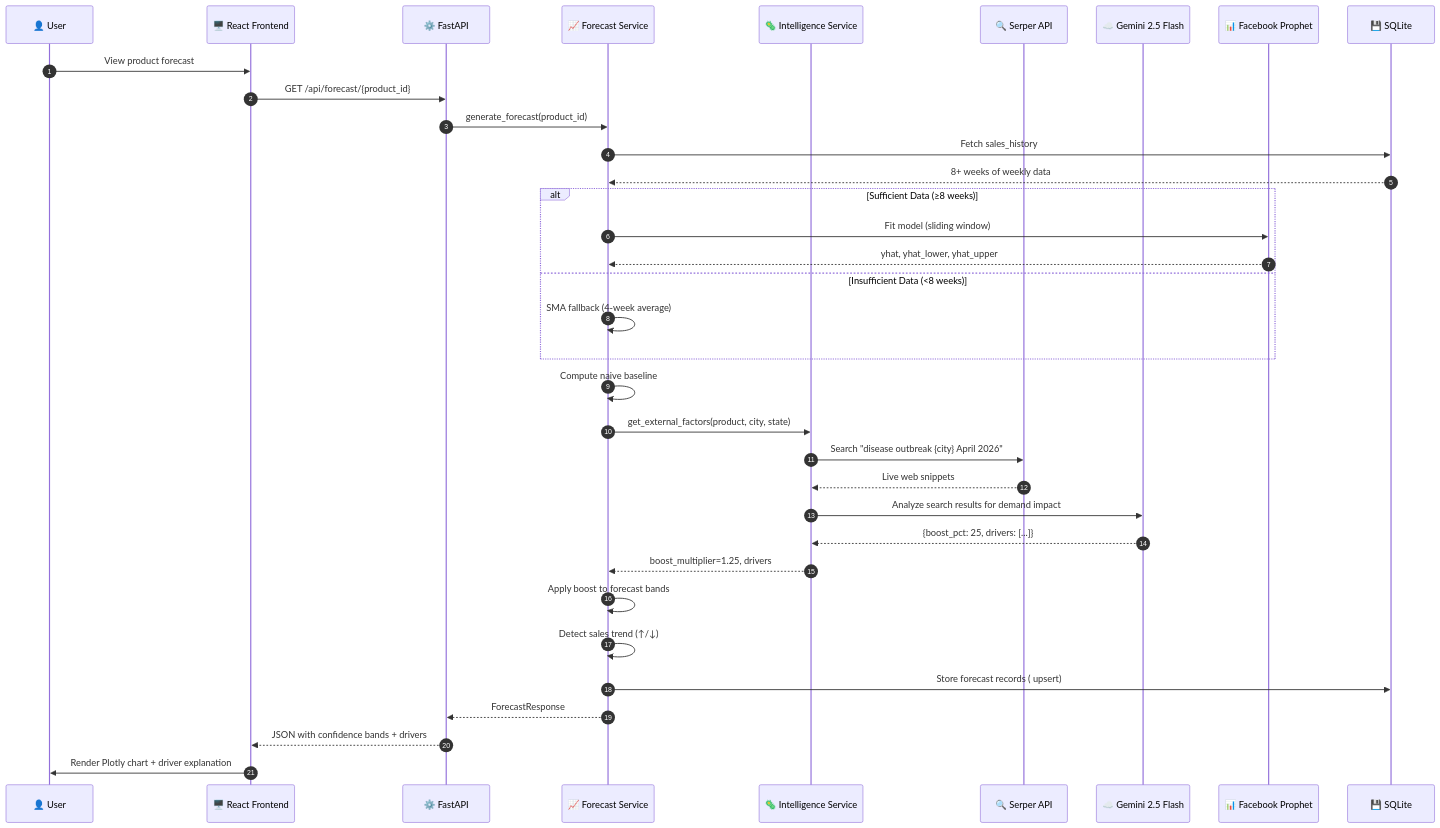
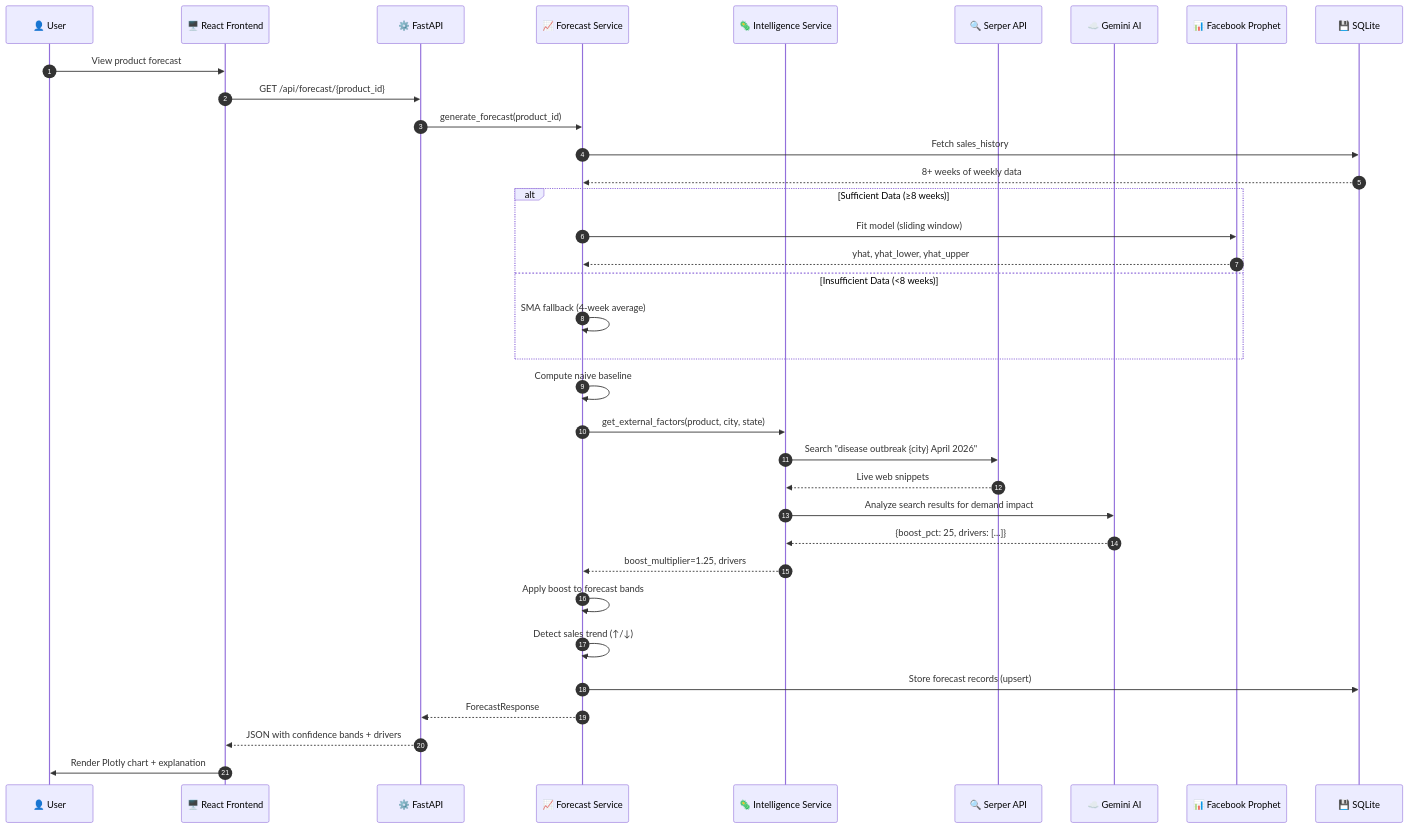
Before and after one commit to Arnav1709/natwest-cfp: the second of 4 diagrams in README.md, drawn with Mermaid. The commit also changed other lines of this file and 24 other files, not shown here.

````diff
--- a/README.md
+++ b/README.md
@@ -353,44 +577,44 @@
 ```mermaid
 sequenceDiagram
     autonumber
     participant U as 👤 User
     participant FE as 🖥️ React Frontend
     participant API as ⚙️ FastAPI
     participant FC as 📈 Forecast Service
     participant INTEL as 🦠 Intelligence Service
     participant SERPER as 🔍 Serper API
-    participant GEMINI as ☁️ Gemini 2.5 Flash
+    participant GEMINI as ☁️ Gemini AI
     participant PROPHET as 📊 Facebook Prophet
     participant DB as 💾 SQLite
 
     U->>FE: View product forecast
     FE->>API: GET /api/forecast/{product_id}
     API->>FC: generate_forecast(product_id)
 
     FC->>DB: Fetch sales_history
     DB-->>FC: 8+ weeks of weekly data
 
     alt Sufficient Data (≥8 weeks)
         FC->>PROPHET: Fit model (sliding window)
         PROPHET-->>FC: yhat, yhat_lower, yhat_upper
     else Insufficient Data (<8 weeks)
         FC->>FC: SMA fallback (4-week average)
     end
 
     FC->>FC: Compute naive baseline
 
     FC->>INTEL: get_external_factors(product, city, state)
     INTEL->>SERPER: Search "disease outbreak {city} April 2026"
     SERPER-->>INTEL: Live web snippets
     INTEL->>GEMINI: Analyze search results for demand impact
     GEMINI-->>INTEL: {boost_pct: 25, drivers: [...]}
     INTEL-->>FC: boost_multiplier=1.25, drivers
 
     FC->>FC: Apply boost to forecast bands
     FC->>FC: Detect sales trend (↑/↓)
-    FC->>DB: Store forecast records ( upsert)
+    FC->>DB: Store forecast records (upsert)
 
     FC-->>API: ForecastResponse
     API-->>FE: JSON with confidence bands + drivers
-    FE->>U: Render Plotly chart + driver explanation
+    FE->>U: Render Plotly chart + explanation
 ```
````
